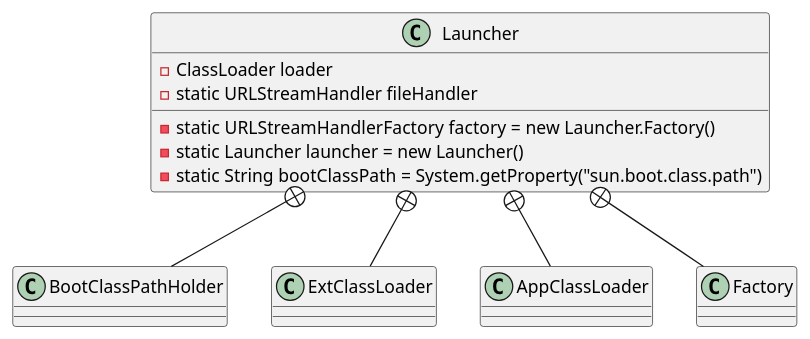
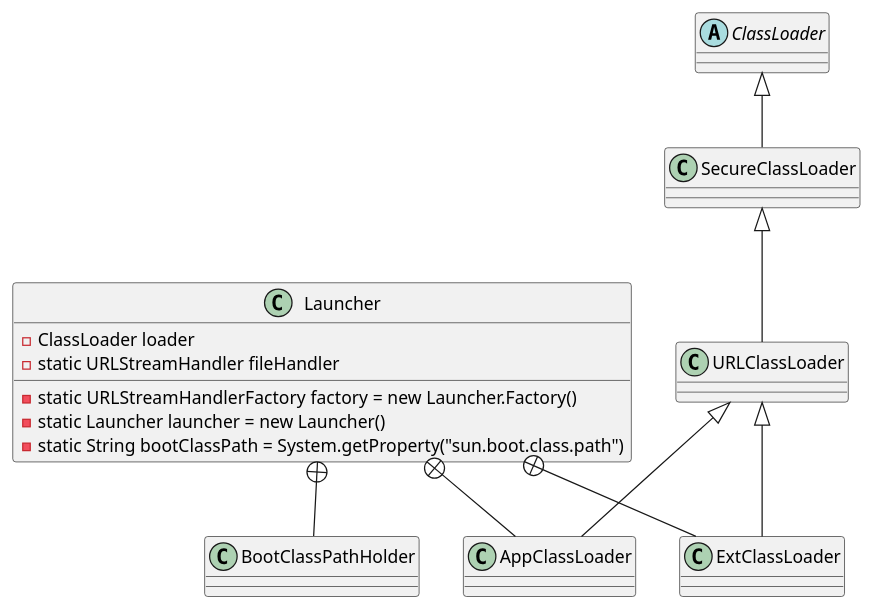
The diagram in docs/10-java/src/rt.jar.src/sun/misc/Launcher.md (onlyonion/development), drawn with PlantUML before and after one commit. The commit also changed 31 other files, not shown here.

````diff
--- a/docs/10-java/src/rt.jar.src/sun/misc/Launcher.md
+++ b/docs/10-java/src/rt.jar.src/sun/misc/Launcher.md
@@ -4,21 +4,29 @@
 ```plantuml
 @startuml
 
 class Launcher {
     - static URLStreamHandlerFactory factory = new Launcher.Factory()
     - static Launcher launcher = new Launcher()
     - static String bootClassPath = System.getProperty("sun.boot.class.path")
     - ClassLoader loader
     - static URLStreamHandler fileHandler
 }
 
 Launcher +-- BootClassPathHolder
 Launcher +-- ExtClassLoader
 Launcher +-- AppClassLoader
-Launcher +-- Factory
+
+abstract class ClassLoader
+class SecureClassLoader 
+class URLClassLoader 
 
 class ExtClassLoader
 class AppClassLoader
 
+ClassLoader ^-- SecureClassLoader
+SecureClassLoader ^-- URLClassLoader
+URLClassLoader ^-- ExtClassLoader
+URLClassLoader ^-- AppClassLoader
+
 @enduml
 ```
````
